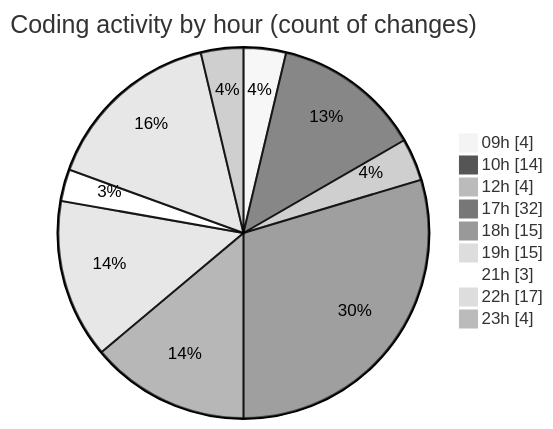
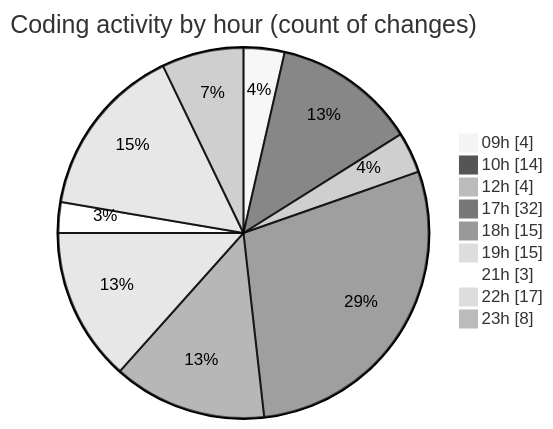
One commit to Elitesun/code-tracking changed the second of 2 diagrams in 2025-05-06/niten/README.md. Above: the diagram before and after it, drawn with Mermaid (neutral theme). The commit also changed other lines of this file and 1 other file, not shown here.

````diff
--- a/2025-05-06/niten/README.md
+++ b/2025-05-06/niten/README.md
@@ -65,13 +66,13 @@
 ```mermaid
 pie showData
 title Coding activity by hour (count of changes)
 "09h" : 4
 "10h" : 14
 "12h" : 4
 "17h" : 32
 "18h" : 15
 "19h" : 15
 "21h" : 3
 "22h" : 17
-"23h" : 4
+"23h" : 8
 ```
````
